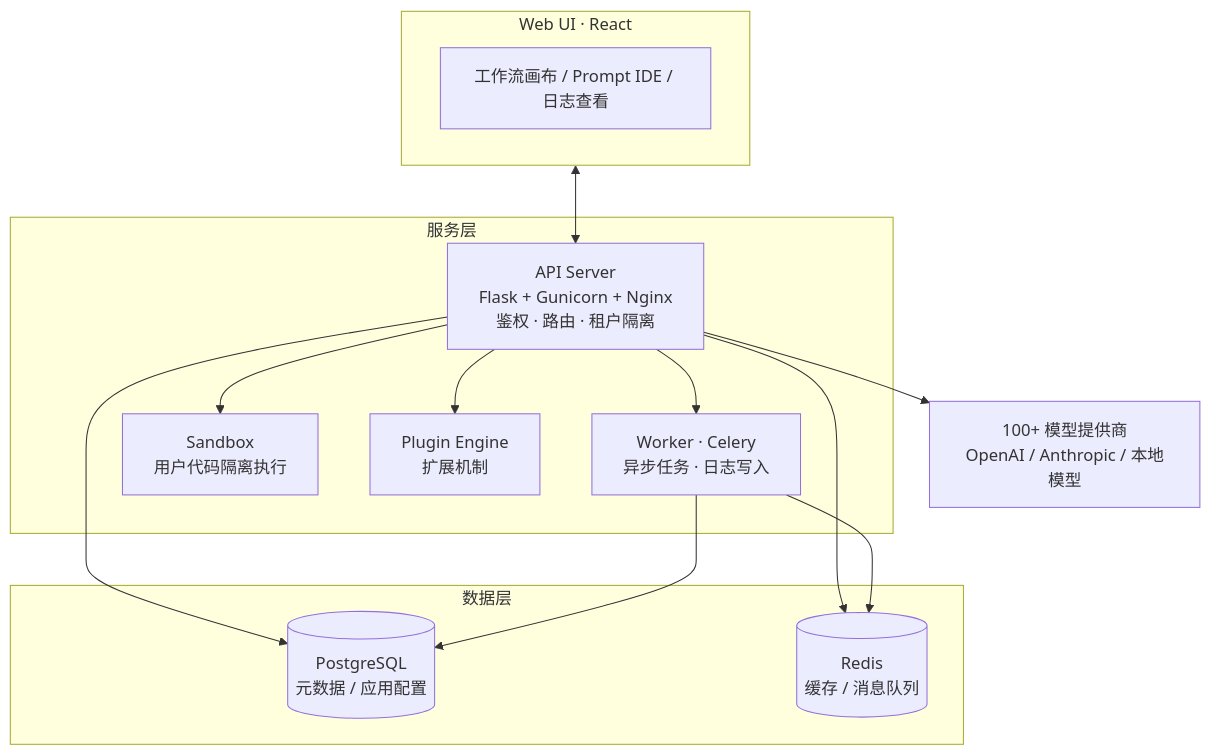
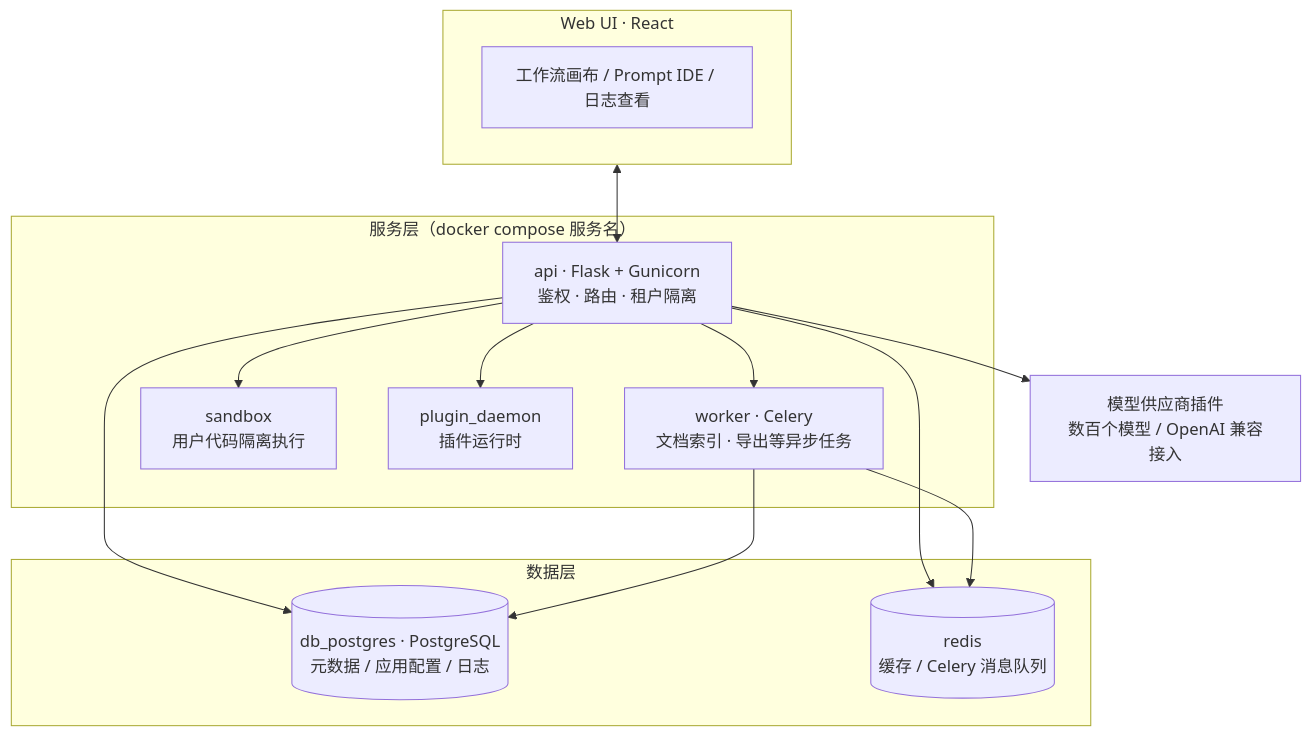
One commit to A1pha3/text-matrix changed the diagram in content/posts/tech/dify-agentic-workflow-development-platform-guide.md. Above: the diagram before and after it, drawn with Mermaid. The commit also changed other lines of this file and 331 other files, not shown here.

````diff
--- a/content/posts/tech/dify-agentic-workflow-development-platform-guide.md
+++ b/content/posts/tech/dify-agentic-workflow-development-platform-guide.md
@@ -38,27 +40,27 @@
 ```mermaid
 flowchart TB
     subgraph UI["Web UI · React"]
         UI1["工作流画布 / Prompt IDE / 日志查看"]
     end
-    subgraph SVC["服务层"]
-        API["API Server<br/>Flask + Gunicorn + Nginx<br/>鉴权 · 路由 · 租户隔离"]
-        WORKER["Worker · Celery<br/>异步任务 · 日志写入"]
-        SANDBOX["Sandbox<br/>用户代码隔离执行"]
-        PLUGIN["Plugin Engine<br/>扩展机制"]
+    subgraph SVC["服务层（docker compose 服务名）"]
+        API["api · Flask + Gunicorn<br/>鉴权 · 路由 · 租户隔离"]
+        WORKER["worker · Celery<br/>文档索引 · 导出等异步任务"]
+        SANDBOX["sandbox<br/>用户代码隔离执行"]
+        PLUGIN["plugin_daemon<br/>插件运行时"]
     end
     subgraph DATA["数据层"]
-        DB[("PostgreSQL<br/>元数据 / 应用配置")]
-        REDIS[("Redis<br/>缓存 / 消息队列")]
+        DB[("db_postgres · PostgreSQL<br/>元数据 / 应用配置 / 日志")]
+        REDIS[("redis<br/>缓存 / Celery 消息队列")]
     end
-    MODELS["100+ 模型提供商<br/>OpenAI / Anthropic / 本地模型"]
+    MODELS["模型供应商插件<br/>数百个模型 / OpenAI 兼容接入"]
 
     UI <--> API
     API --> WORKER
     API --> SANDBOX
     API --> PLUGIN
     API --> DB
     API --> REDIS
     WORKER --> DB
     WORKER --> REDIS
     API --> MODELS
 ```
````
